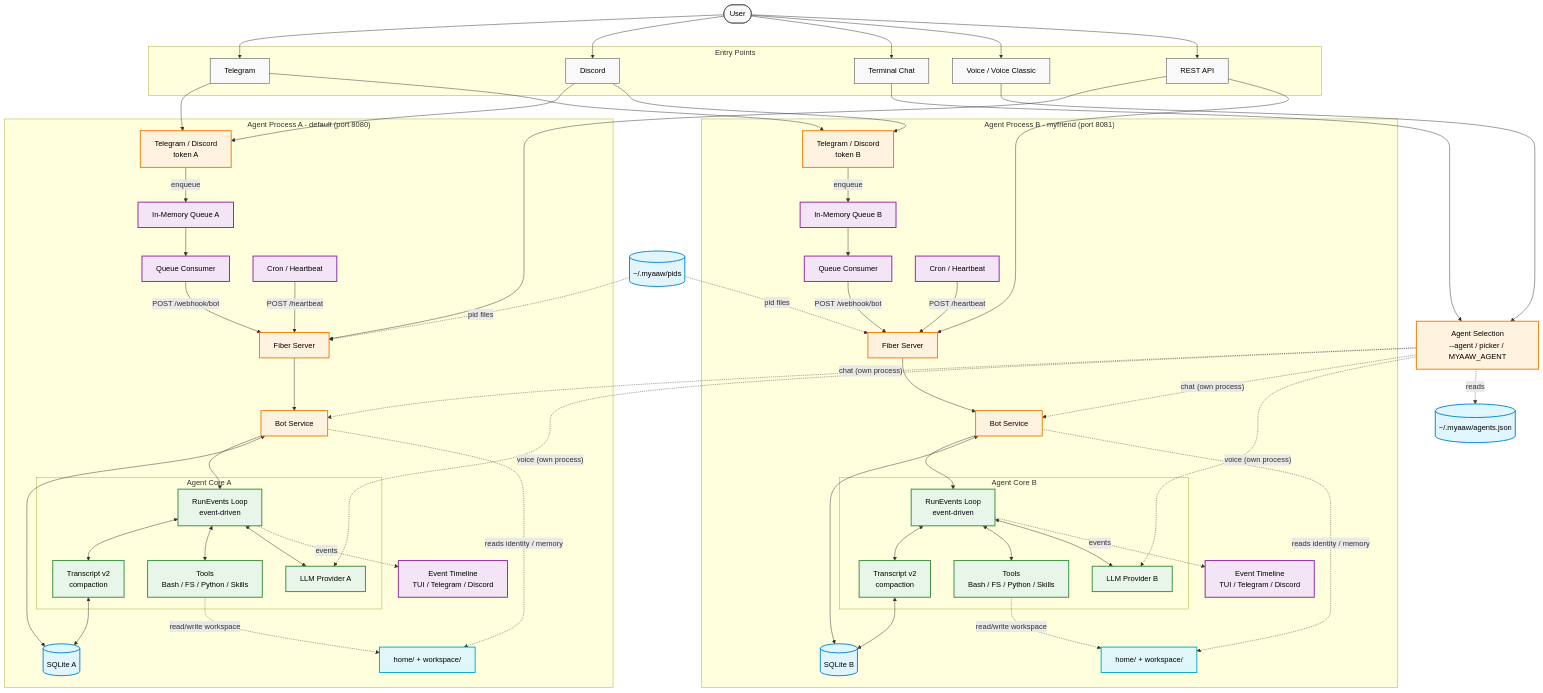
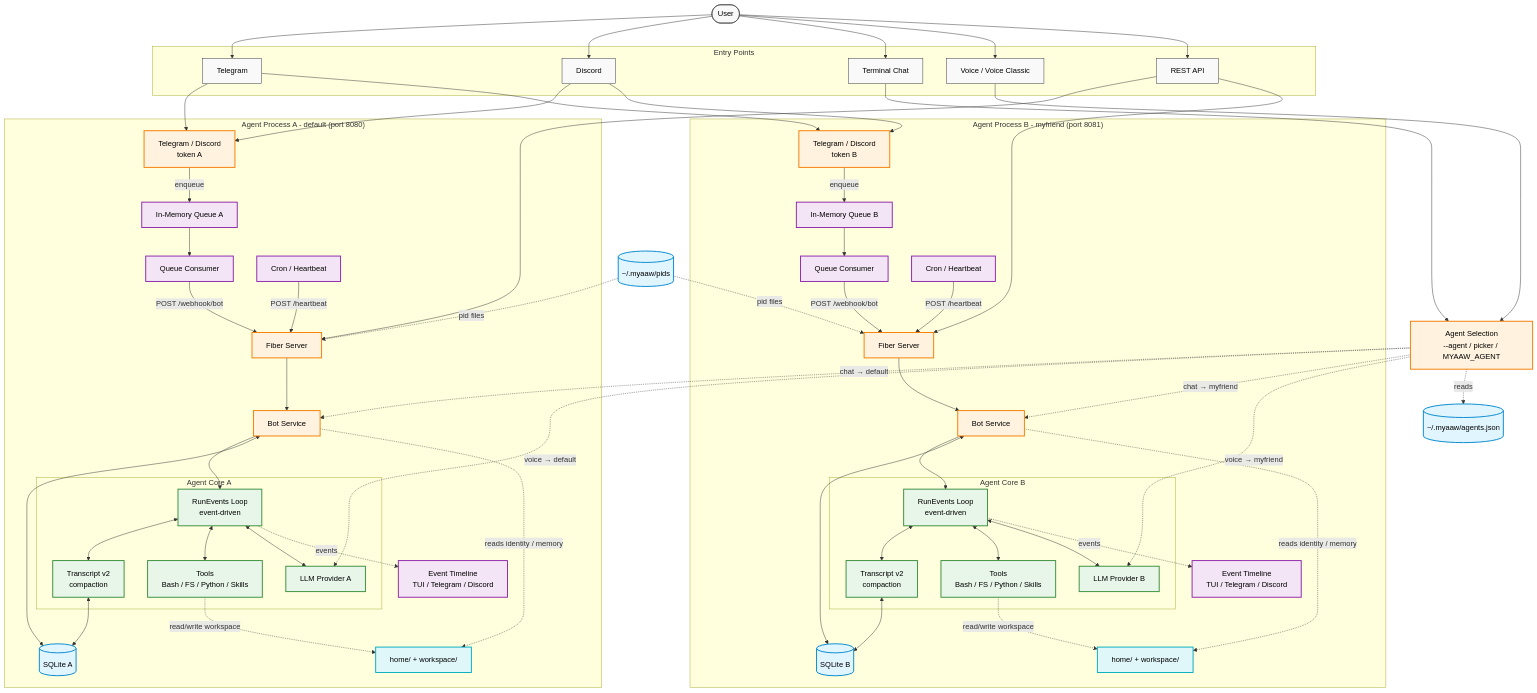
The diagram in README.md (Shiyinq/myaaw), drawn with Mermaid before and after one commit. The commit also changed other lines of this file, not shown here.

Commit message:
docs: use unique selection labels per agent in diagram

```diff
--- a/README.md
+++ b/README.md
@@ -83,10 +83,10 @@
     SEL[Agent Selection<br/>--agent / picker / MYAAW_AGENT]
     CLI --> SEL
     Voice --> SEL
-    SEL -. "chat (own process)" .-> BOT_A
-    SEL -. "chat (own process)" .-> BOT_B
-    SEL -. "voice (own process)" .-> PROV_A
-    SEL -. "voice (own process)" .-> PROV_B
+    SEL -. "chat → default" .-> BOT_A
+    SEL -. "chat → myfriend" .-> BOT_B
+    SEL -. "voice → default" .-> PROV_A
+    SEL -. "voice → myfriend" .-> PROV_B
 
     subgraph "Agent Process A - default (port 8080)"
         CH_A[Telegram / Discord<br/>token A]
```
